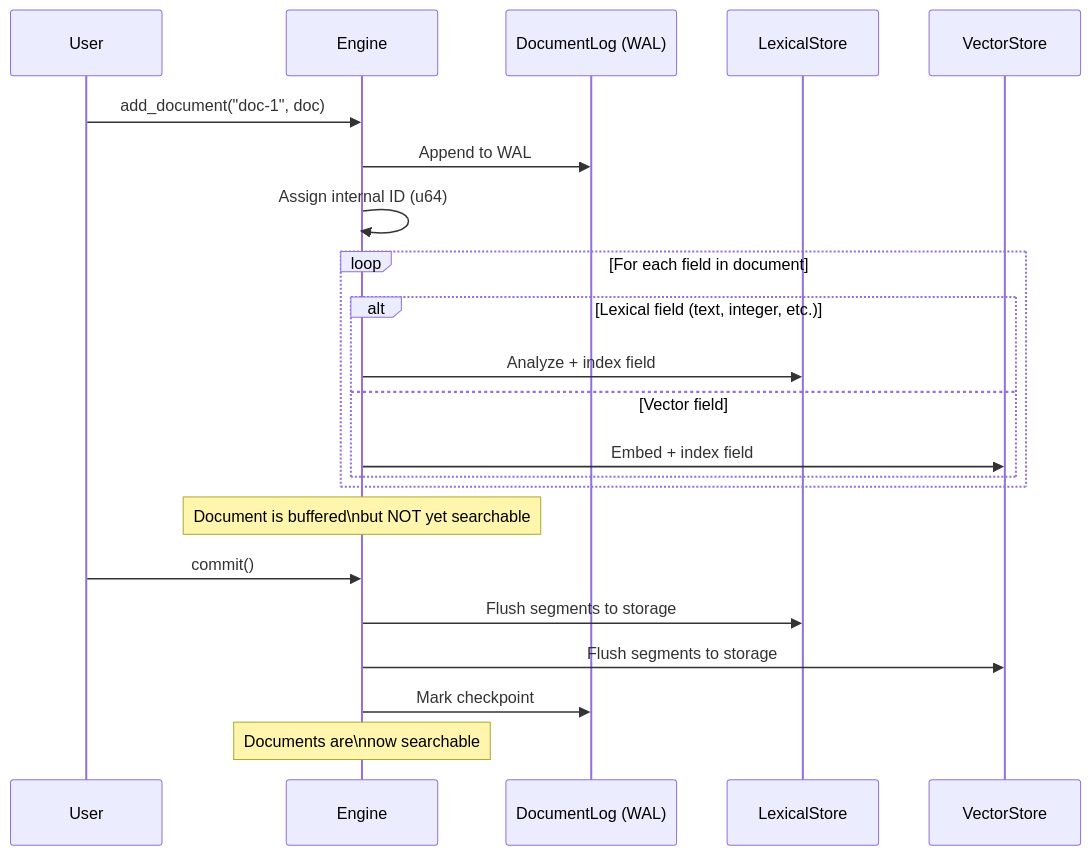
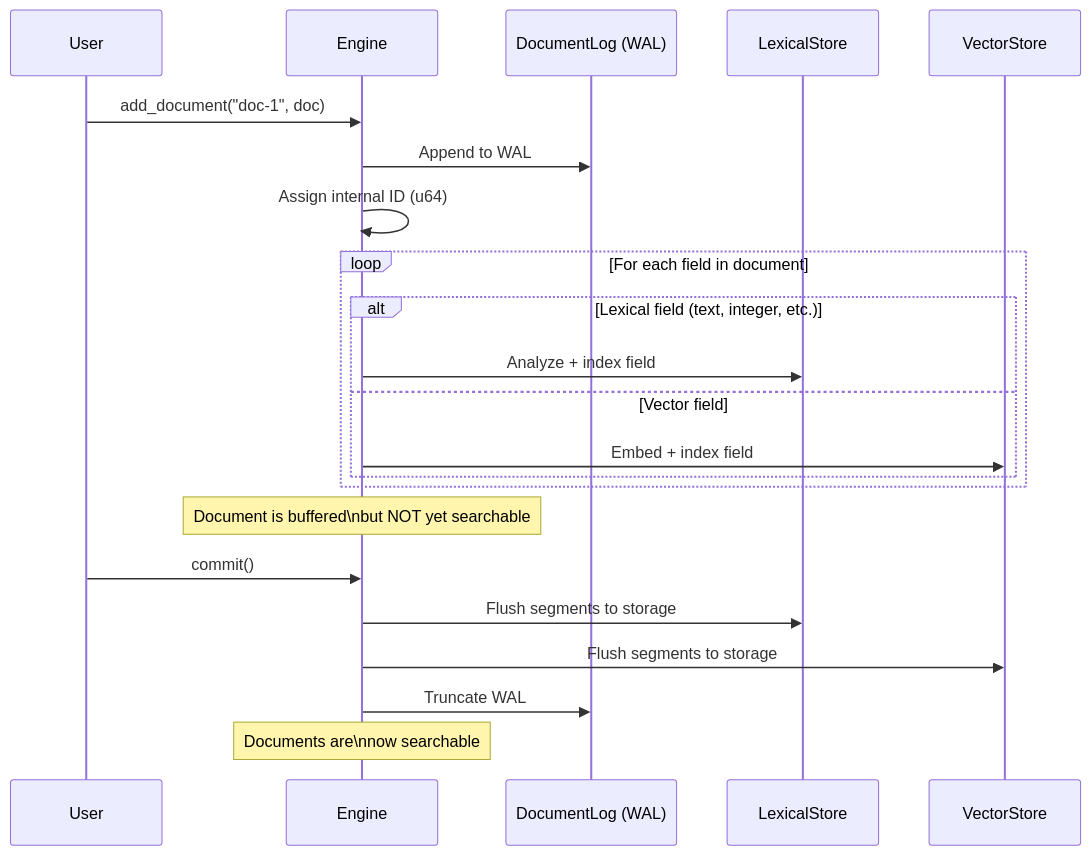
Before and after one commit to mosuka/iris: the fourth of 7 diagrams in docs/src/architecture.md, drawn with Mermaid. The commit also changed other lines of this file and 15 other files, not shown here.

````diff
--- a/docs/src/architecture.md
+++ b/docs/src/architecture.md
@@ -97,28 +97,28 @@
 ```mermaid
 sequenceDiagram
     participant User
     participant Engine
     participant WAL as DocumentLog (WAL)
     participant Lexical as LexicalStore
     participant Vector as VectorStore
 
     User->>Engine: add_document("doc-1", doc)
     Engine->>WAL: Append to WAL
     Engine->>Engine: Assign internal ID (u64)
 
     loop For each field in document
         alt Lexical field (text, integer, etc.)
             Engine->>Lexical: Analyze + index field
         else Vector field
             Engine->>Vector: Embed + index field
         end
     end
 
     Note over Engine: Document is buffered\nbut NOT yet searchable
 
     User->>Engine: commit()
     Engine->>Lexical: Flush segments to storage
     Engine->>Vector: Flush segments to storage
-    Engine->>WAL: Mark checkpoint
+    Engine->>WAL: Truncate WAL
     Note over Engine: Documents are\nnow searchable
 ```
````
